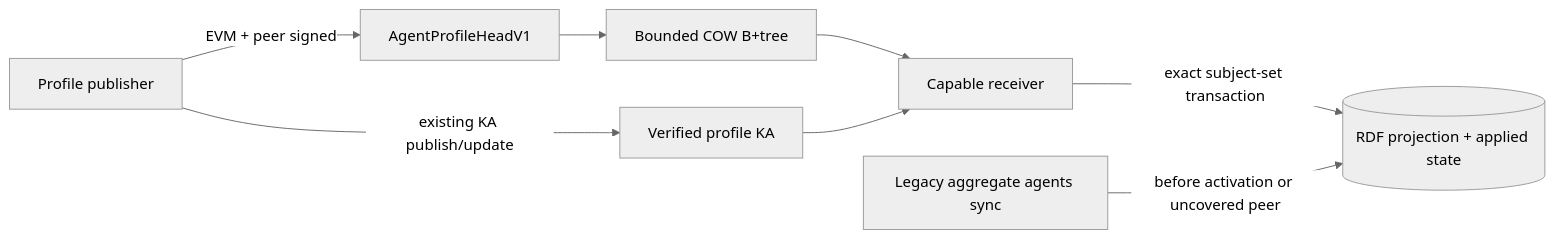
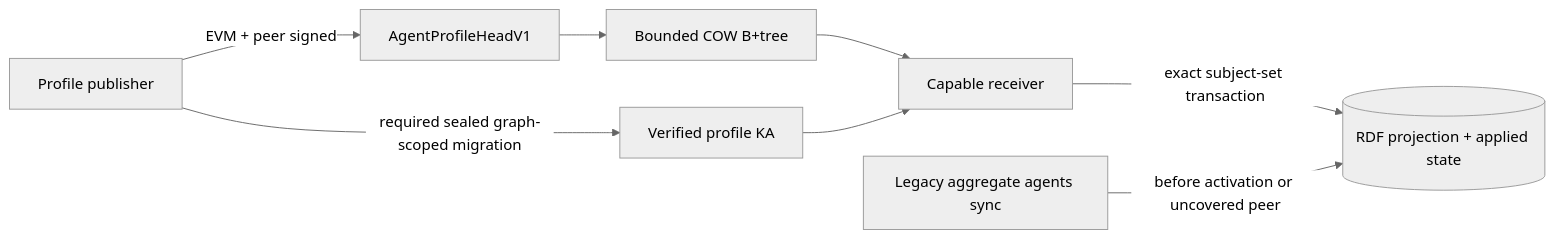
The first of 2 diagrams in docs/adr/0002-system-record-sync-v1.md (OriginTrail/dkg), drawn with Mermaid (neutral theme) before and after one commit. The commit also changed other lines of this file and 8 other files, not shown here.

````diff
--- a/docs/adr/0002-system-record-sync-v1.md
+++ b/docs/adr/0002-system-record-sync-v1.md
@@ -67,10 +67,10 @@
 ```mermaid
 flowchart LR
-    P[Profile publisher] -->|existing KA publish/update| KA[Verified profile KA]
+    P[Profile publisher] -->|required sealed graph-scoped migration| KA[Verified profile KA]
     P -->|EVM + peer signed| H[AgentProfileHeadV1]
     H --> T[Bounded COW B+tree]
     T --> R[Capable receiver]
     KA --> R
     R -->|exact subject-set transaction| S[(RDF projection + applied state)]
     L[Legacy aggregate agents sync] -->|before activation or uncovered peer| S
 ```
````
